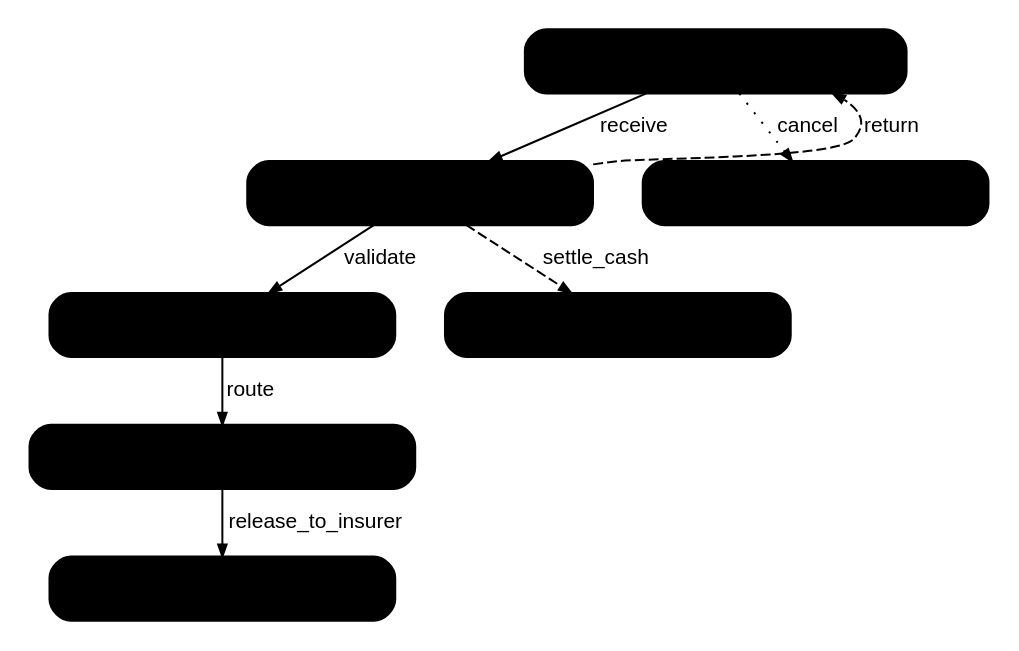
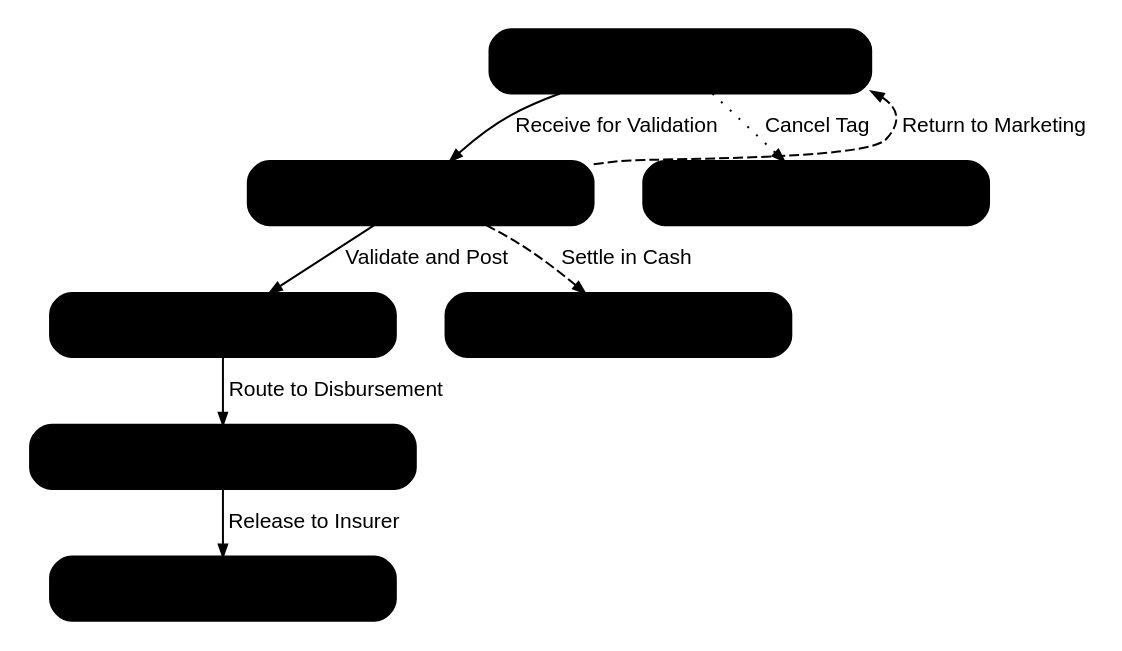
Before and after one commit to IortaTexhNXT-DEV/FinVerse: the diagram in docs/deliverables/src/BRD-02_Operations/figures/brd02_wf_cwt2307.dot, drawn with Graphviz. The commit also changed 42 other files, not shown here.

```diff
--- a/docs/deliverables/src/BRD-02_Operations/figures/brd02_wf_cwt2307.dot
+++ b/docs/deliverables/src/BRD-02_Operations/figures/brd02_wf_cwt2307.dot
@@ -1,25 +1,25 @@
 // BRD-2: workflow OPS_CWT_2307 (V764; CSHID.026/027, MKTID.010/013, DBMID.001). FRS section 5. Stage owner in the second line.
 // Solid = main path, dashed = return or optional path, dotted = closes the case.
 digraph wf_cwt2307 {
   graph [rankdir=TB, fontname="Arial", nodesep=0.35, ranksep=0.3, bgcolor="white", pad=0.1];
   node  [shape=box, style="rounded,filled", fillcolor="@BG_BLUE", color="@HEADER_BLUE", penwidth=1.1,
          fontname="Arial", fontsize=12, fontcolor="@NEAR_BLACK", width=2.4, height=0.45, margin="0.08,0.02"];
   edge  [color="@MUTED", arrowsize=0.6, fontname="Arial", fontsize=10.5, fontcolor="@TEXT"];
 
   TAGGED [label="TAGGED\nMarketing Collection (CWT_TAG)"];
   VALIDATING [label="VALIDATING\nCashier (CWT_PROCESS)"];
   REPORT_POSTED [label="REPORT_POSTED\nCashier (CWT_PROCESS)"];
   WITH_DISBURSEMENT [label="WITH_DISBURSEMENT\nDisbursement (DISB_PROCESS)"];
   RELEASED [label="RELEASED", fillcolor="@SUCCESS_BG", color="@SUCCESS"];
   SETTLED_CASH [label="SETTLED_CASH", fillcolor="@SUCCESS_BG", color="@SUCCESS"];
   CANCELLED [label="CANCELLED", fillcolor="@DIRTY_WHITE", color="@MUTED"];
 
-  TAGGED -> VALIDATING [label=" receive"];
-  VALIDATING -> REPORT_POSTED [label=" validate"];
-  REPORT_POSTED -> WITH_DISBURSEMENT [label=" route"];
-  WITH_DISBURSEMENT -> RELEASED [label=" release_to_insurer"];
-  VALIDATING -> SETTLED_CASH [label=" settle_cash", style=dashed];
-  VALIDATING -> TAGGED [label=" return", style=dashed, constraint=false];
-  TAGGED -> CANCELLED [label=" cancel", style=dotted];
+  TAGGED -> VALIDATING [label=" Receive for Validation"];
+  VALIDATING -> REPORT_POSTED [label=" Validate and Post"];
+  REPORT_POSTED -> WITH_DISBURSEMENT [label=" Route to Disbursement"];
+  WITH_DISBURSEMENT -> RELEASED [label=" Release to Insurer"];
+  VALIDATING -> SETTLED_CASH [label=" Settle in Cash", style=dashed];
+  VALIDATING -> TAGGED [label=" Return to Marketing", style=dashed, constraint=false];
+  TAGGED -> CANCELLED [label=" Cancel Tag", style=dotted];
   { rank=same; VALIDATING; CANCELLED; }
 }
```
